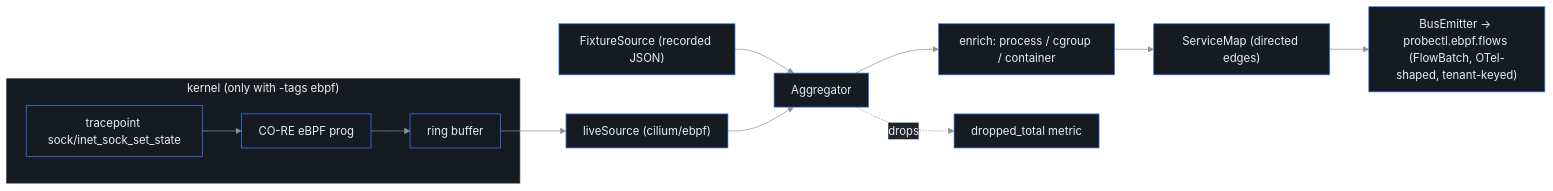
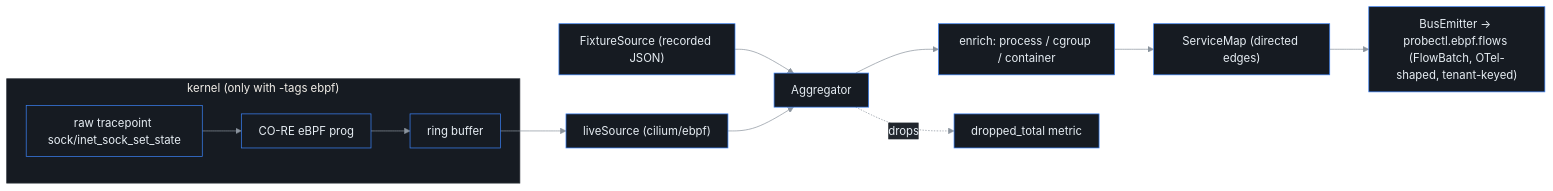
Before and after one commit to ctlplne/probectl: the diagram in docs/ebpf-agent.md, drawn with Mermaid. The commit also changed other lines of this file and 14 other files, not shown here.

````diff
--- a/docs/ebpf-agent.md
+++ b/docs/ebpf-agent.md
@@ -39,14 +39,14 @@
 ```mermaid
 %%{init: {'theme':'base','themeVariables':{'background':'#0d1117','primaryColor':'#161b22','primaryTextColor':'#e6edf3','primaryBorderColor':'#3b82f6','lineColor':'#8b949e','secondaryColor':'#21262d','tertiaryColor':'#0d1117','clusterBkg':'#161b22','clusterBorder':'#30363d','fontFamily':'ui-monospace, SFMono-Regular, Menlo, monospace'},'flowchart':{'curve':'basis','nodeSpacing':55,'rankSpacing':55,'padding':12}}}%%
 flowchart LR
   subgraph kernel["kernel (only with -tags ebpf)"]
-    TP["tracepoint sock/inet_sock_set_state"] --> PROG["CO-RE eBPF prog"] --> RB["ring buffer"]
+    TP["raw tracepoint sock/inet_sock_set_state"] --> PROG["CO-RE eBPF prog"] --> RB["ring buffer"]
   end
   RB --> LIVE["liveSource (cilium/ebpf)"]
   FIX["FixtureSource (recorded JSON)"] --> AGG
   LIVE --> AGG["Aggregator"]
   AGG --> ENR["enrich: process / cgroup / container"]
   ENR --> MAP["ServiceMap (directed edges)"]
   MAP --> EMIT["BusEmitter -> probectl.ebpf.flows (FlowBatch, OTel-shaped, tenant-keyed)"]
   AGG -. drops .-> DROPS["dropped_total metric"]
 ```
````
